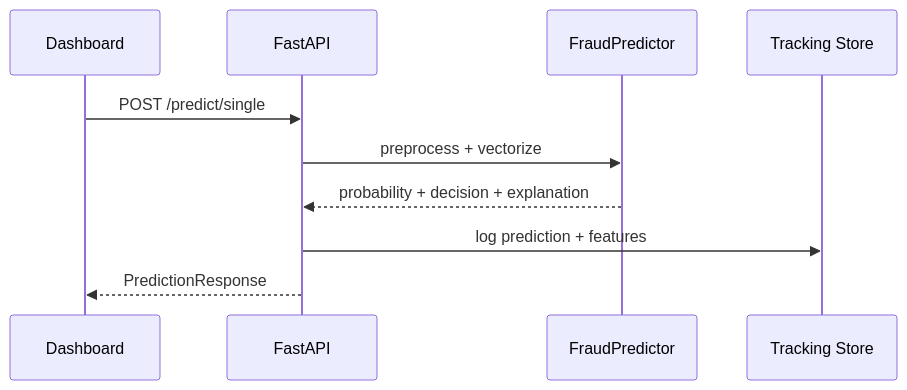
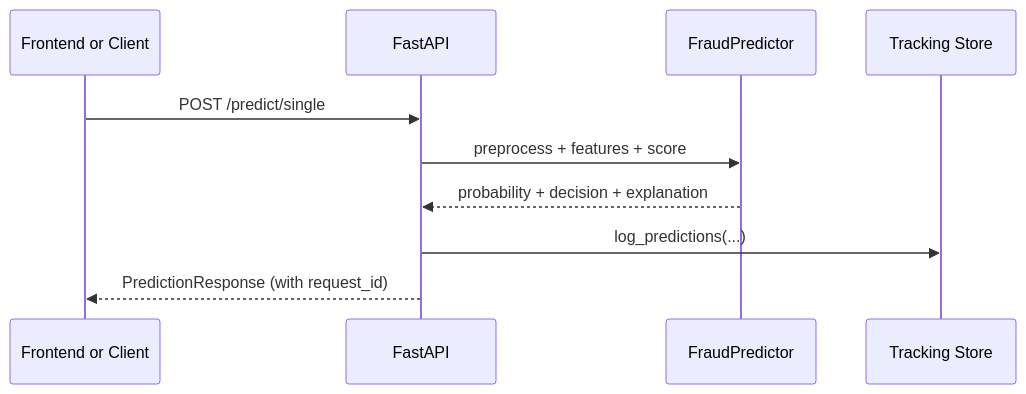
One commit to hoangsonww/Spot-the-Scam-AI-Job-Fraud changed the fourth of 4 diagrams in README.md. Above: the diagram before and after it, drawn with Mermaid. The commit also changed other lines of this file and 13 other files, not shown here.

````diff
--- a/README.md
+++ b/README.md
@@ -169,13 +427,13 @@
 ```mermaid
 sequenceDiagram
-    participant UI as Dashboard
+    participant UI as Frontend or Client
     participant API as FastAPI
     participant Model as FraudPredictor
-    participant Store as Tracking Store
+    participant Track as Tracking Store
 
     UI->>API: POST /predict/single
-    API->>Model: preprocess + vectorize
+    API->>Model: preprocess + features + score
     Model-->>API: probability + decision + explanation
-    API->>Store: log prediction + features
-    API-->>UI: PredictionResponse
+    API->>Track: log_predictions(...)
+    API-->>UI: PredictionResponse (with request_id)
 ```
````
